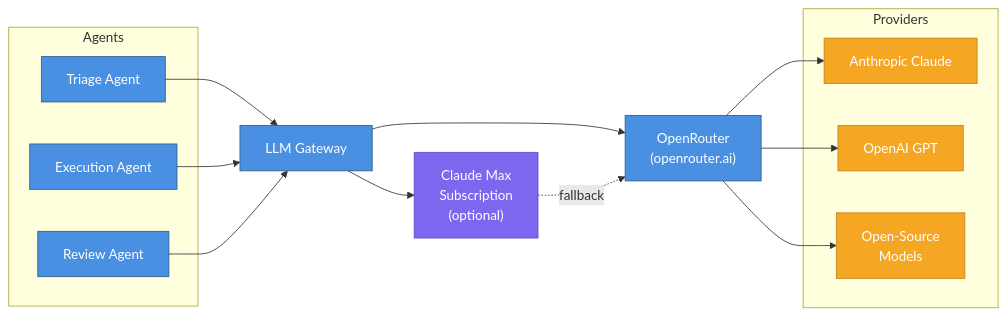
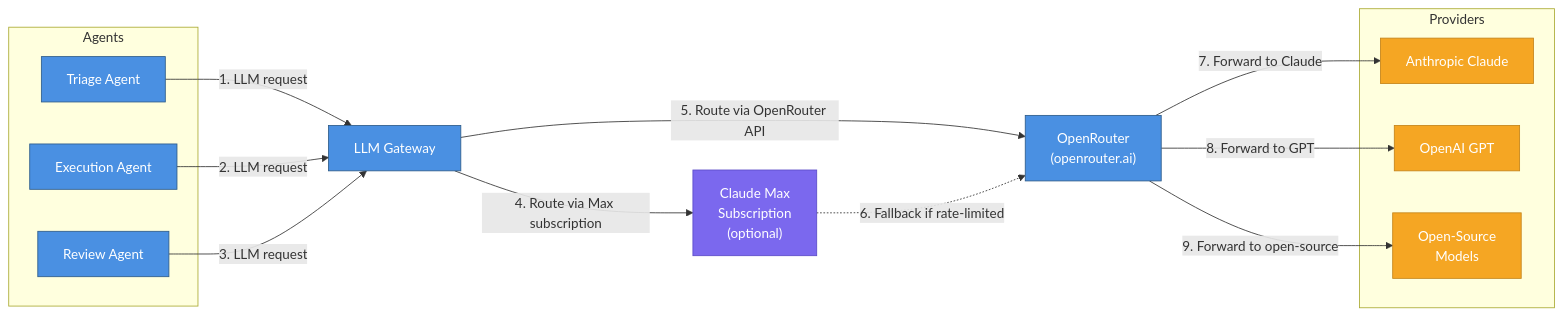
One commit to viiqswim/dozaldevs-ai-employee changed diagram 15 of 15 in docs/2026-03-22-2317-ai-employee-architecture.md. Above: the diagram before and after it, drawn with Mermaid. The commit also changed other lines of this file, not shown here.

Commit message:
docs: add numbered arrows and flow walkthroughs to all diagrams

````diff
--- a/docs/2026-03-22-2317-ai-employee-architecture.md
+++ b/docs/2026-03-22-2317-ai-employee-architecture.md
@@ -1607,33 +1826,33 @@
 ```mermaid
 flowchart LR
     subgraph Agents
         TRIAGE["Triage Agent"]:::service
         EXEC["Execution Agent"]:::service
         REVIEW["Review Agent"]:::service
     end
 
     GW["LLM Gateway"]:::service
     OR["OpenRouter\n(openrouter.ai)"]:::service
 
     subgraph Providers
         CLAUDE["Anthropic Claude"]:::external
         GPT["OpenAI GPT"]:::external
         OPEN["Open-Source\nModels"]:::external
     end
 
     MAX["Claude Max\nSubscription\n(optional)"]:::storage
 
-    TRIAGE --> GW
-    EXEC --> GW
-    REVIEW --> GW
-    GW --> MAX
-    GW --> OR
-    MAX -.->|fallback| OR
-    OR --> CLAUDE
-    OR --> GPT
-    OR --> OPEN
+    TRIAGE -->|"1. LLM request"| GW
+    EXEC -->|"2. LLM request"| GW
+    REVIEW -->|"3. LLM request"| GW
+    GW -->|"4. Route via Max subscription"| MAX
+    GW -->|"5. Route via OpenRouter API"| OR
+    MAX -.->|"6. Fallback if rate-limited"| OR
+    OR -->|"7. Forward to Claude"| CLAUDE
+    OR -->|"8. Forward to GPT"| GPT
+    OR -->|"9. Forward to open-source"| OPEN
 
     classDef service fill:#4A90E2,stroke:#2E5C8A,color:#fff
     classDef storage fill:#7B68EE,stroke:#5B4BC7,color:#fff
     classDef external fill:#F5A623,stroke:#C4841A,color:#fff
 ```
````
